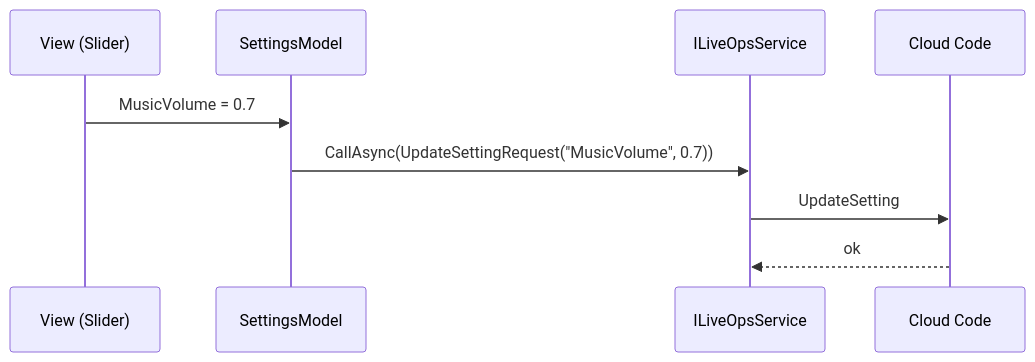
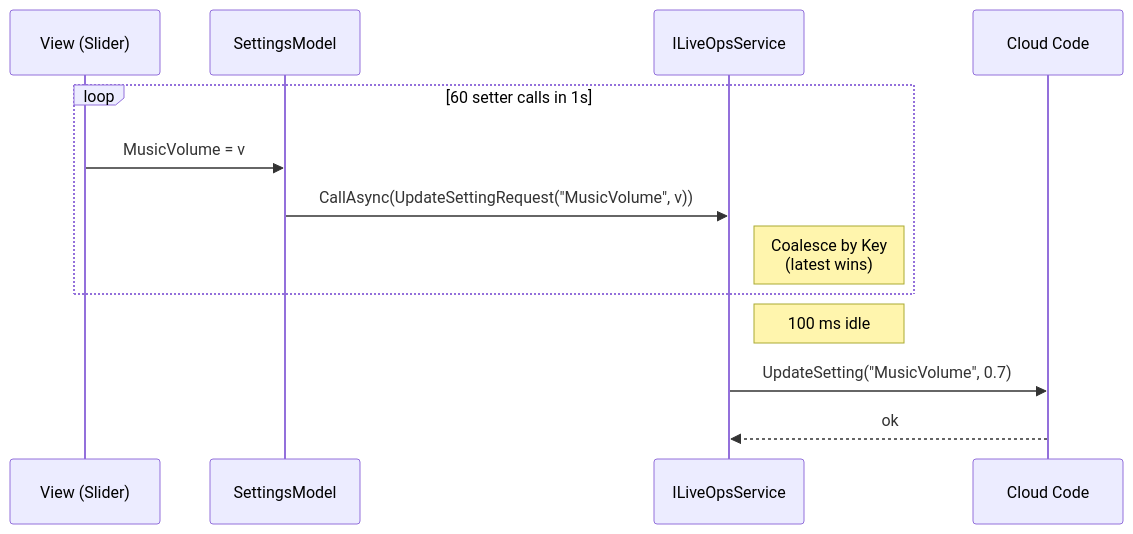
The second of 8 diagrams in Docs/Standards/State-and-Services-Standard.md (DuckDuckWeasel/Gear-Engine), drawn with Mermaid before and after one commit. The commit also changed other lines of this file, not shown here.

````diff
--- a/Docs/Standards/State-and-Services-Standard.md
+++ b/Docs/Standards/State-and-Services-Standard.md
@@ -286,12 +337,16 @@
 ```mermaid
 sequenceDiagram
     participant V as View (Slider)
     participant M as SettingsModel
     participant L as ILiveOpsService
     participant S as Cloud Code
 
-    V->>M: MusicVolume = 0.7
-    M->>L: CallAsync(UpdateSettingRequest("MusicVolume", 0.7))
-    L->>S: UpdateSetting
+    loop 60 setter calls in 1s
+        V->>M: MusicVolume = v
+        M->>L: CallAsync(UpdateSettingRequest("MusicVolume", v))
+        Note right of L: Coalesce by Key<br/>(latest wins)
+    end
+    Note right of L: 100 ms idle
+    L->>S: UpdateSetting("MusicVolume", 0.7)
     S-->>L: ok
 ```
````
